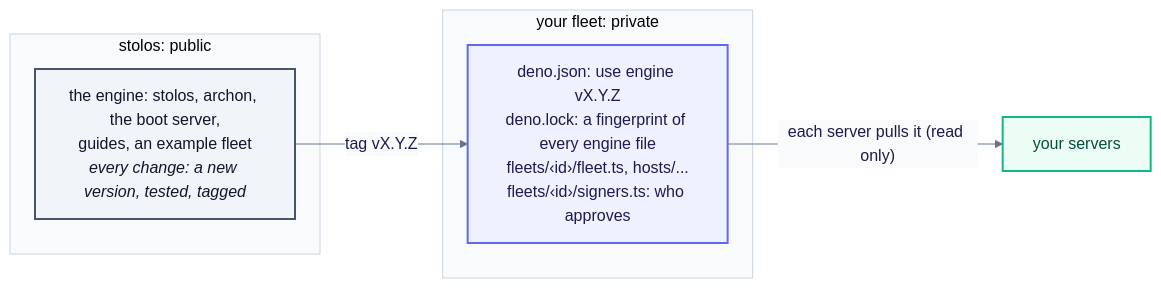
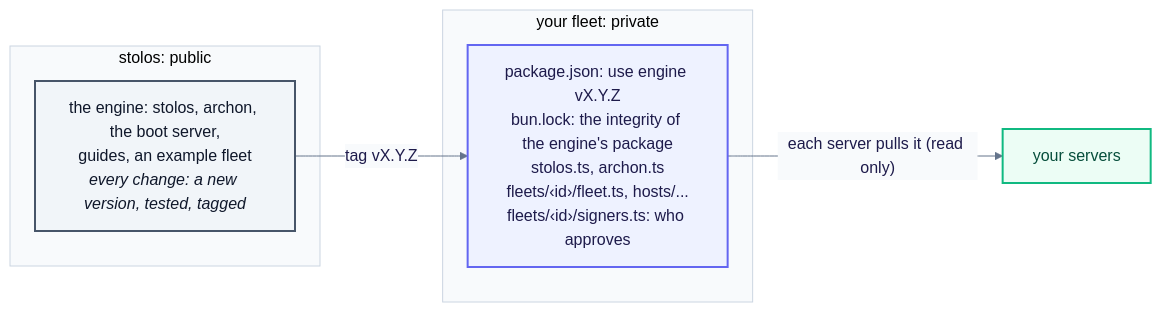
One commit to intellectual-frontiers/stolos changed the fourth of 6 diagrams in README.md. Above: the diagram before and after it, drawn with Mermaid. The commit also changed other lines of this file and 85 other files, not shown here.

First line of the commit message:
096-bun-runtime: the engine whole on Bun and Node: tsc, lint and docs clean, every test passing

````diff
--- a/README.md
+++ b/README.md
@@ -254,28 +255,28 @@
 ```mermaid
 ---
 config:
   theme: base
   themeVariables:
     primaryColor: "#EEF2FF"
     primaryBorderColor: "#6366F1"
     primaryTextColor: "#1E1B4B"
     lineColor: "#64748B"
     edgeLabelBackground: "#F8FAFC"
     clusterBkg: "#F8FAFC"
     clusterBorder: "#CBD5E1"
 ---
 flowchart LR
   subgraph engine["stolos: public"]
     E["the engine: stolos, archon, the boot server,<br/>guides, an example fleet<br/><i>every change: a new version, tested, tagged</i>"]:::gh
   end
   subgraph fleet["your fleet: private"]
-    F["deno.json: use engine vX.Y.Z<br/>deno.lock: a fingerprint of every engine file<br/>fleets/‹id›/fleet.ts, hosts/...<br/>fleets/‹id›/signers.ts: who approves"]:::you
+    F["package.json: use engine vX.Y.Z<br/>bun.lock: the integrity of the engine's package<br/>stolos.ts, archon.ts<br/>fleets/‹id›/fleet.ts, hosts/...<br/>fleets/‹id›/signers.ts: who approves"]:::you
   end
   S["your servers"]:::ok
   E -- "tag vX.Y.Z" --> F
   F -- "each server pulls it (read only)" --> S
   classDef you fill:#EEF2FF,stroke:#6366F1,stroke-width:2px,color:#1E1B4B
   classDef gh fill:#F1F5F9,stroke:#475569,stroke-width:2px,color:#0F172A
   classDef ok fill:#ECFDF5,stroke:#10B981,stroke-width:2px,color:#064E3B
   classDef no fill:#FEF2F2,stroke:#EF4444,stroke-width:2px,color:#7F1D1D
 ```
````
